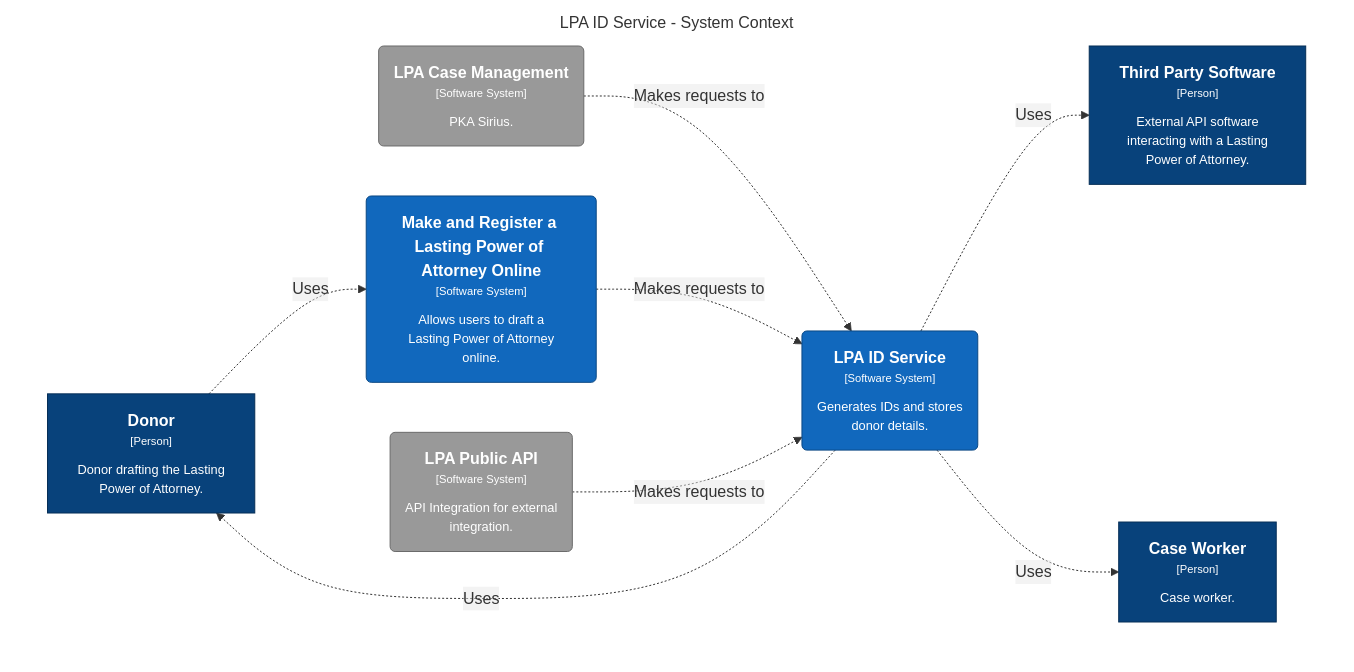
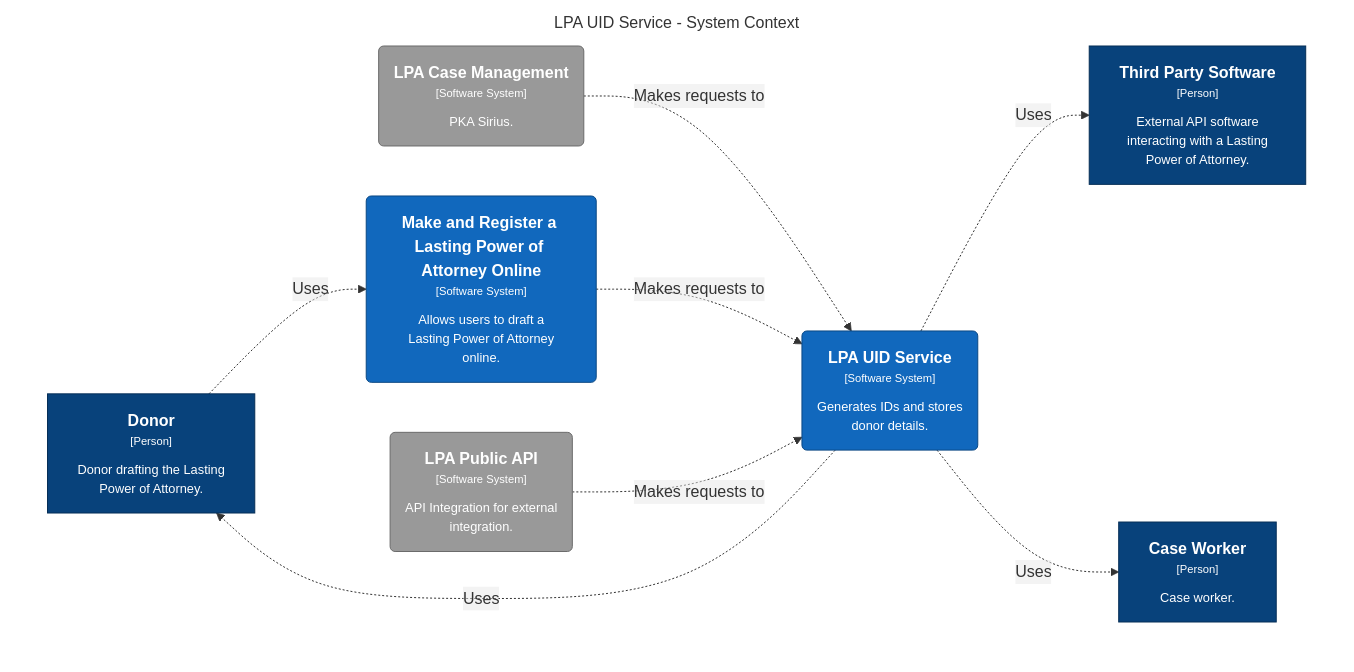
The diagram in docs/architecture/dsl/local/structurizr-SystemContext.mmd (ministryofjustice/opg-data-lpa-uid), drawn with Mermaid before and after one commit. The commit also changed 5 other files, not shown here.

```diff
--- a/docs/architecture/dsl/local/structurizr-SystemContext.mmd
+++ b/docs/architecture/dsl/local/structurizr-SystemContext.mmd
@@ -1,29 +1,29 @@
 graph TB
   linkStyle default fill:#ffffff
 
-  subgraph diagram [LPA ID Service - System Context]
+  subgraph diagram [LPA UID Service - System Context]
     style diagram fill:#ffffff,stroke:#ffffff
 
     1["<div style='font-weight: bold'>Third Party Software</div><div style='font-size: 70%; margin-top: 0px'>[Person]</div><div style='font-size: 80%; margin-top:10px'>External API software<br />interacting with a Lasting<br />Power of Attorney.</div>"]
     style 1 fill:#08427b,stroke:#052e56,color:#ffffff
     18("<div style='font-weight: bold'>LPA Case Management</div><div style='font-size: 70%; margin-top: 0px'>[Software System]</div><div style='font-size: 80%; margin-top:10px'>PKA Sirius.</div>")
     style 18 fill:#999999,stroke:#6b6b6b,color:#ffffff
     19("<div style='font-weight: bold'>LPA Public API</div><div style='font-size: 70%; margin-top: 0px'>[Software System]</div><div style='font-size: 80%; margin-top:10px'>API Integration for external<br />integration.</div>")
     style 19 fill:#999999,stroke:#6b6b6b,color:#ffffff
-    20("<div style='font-weight: bold'>LPA ID Service</div><div style='font-size: 70%; margin-top: 0px'>[Software System]</div><div style='font-size: 80%; margin-top:10px'>Generates IDs and stores<br />donor details.</div>")
+    20("<div style='font-weight: bold'>LPA UID Service</div><div style='font-size: 70%; margin-top: 0px'>[Software System]</div><div style='font-size: 80%; margin-top:10px'>Generates IDs and stores<br />donor details.</div>")
     style 20 fill:#1168bd,stroke:#0b4884,color:#ffffff
     3["<div style='font-weight: bold'>Donor</div><div style='font-size: 70%; margin-top: 0px'>[Person]</div><div style='font-size: 80%; margin-top:10px'>Donor drafting the Lasting<br />Power of Attorney.</div>"]
     style 3 fill:#08427b,stroke:#052e56,color:#ffffff
     5["<div style='font-weight: bold'>Case Worker</div><div style='font-size: 70%; margin-top: 0px'>[Person]</div><div style='font-size: 80%; margin-top:10px'>Case worker.</div>"]
     style 5 fill:#08427b,stroke:#052e56,color:#ffffff
     6("<div style='font-weight: bold'>Make and Register a Lasting Power of Attorney Online</div><div style='font-size: 70%; margin-top: 0px'>[Software System]</div><div style='font-size: 80%; margin-top:10px'>Allows users to draft a<br />Lasting Power of Attorney<br />online.</div>")
     style 6 fill:#1168bd,stroke:#0b4884,color:#ffffff
 
     3-. "<div>Uses</div><div style='font-size: 70%'></div>" .->6
     20-. "<div>Uses</div><div style='font-size: 70%'></div>" .->5
     20-. "<div>Uses</div><div style='font-size: 70%'></div>" .->3
     20-. "<div>Uses</div><div style='font-size: 70%'></div>" .->1
     18-. "<div>Makes requests to</div><div style='font-size: 70%'></div>" .->20
     6-. "<div>Makes requests to</div><div style='font-size: 70%'></div>" .->20
     19-. "<div>Makes requests to</div><div style='font-size: 70%'></div>" .->20
   end
```
